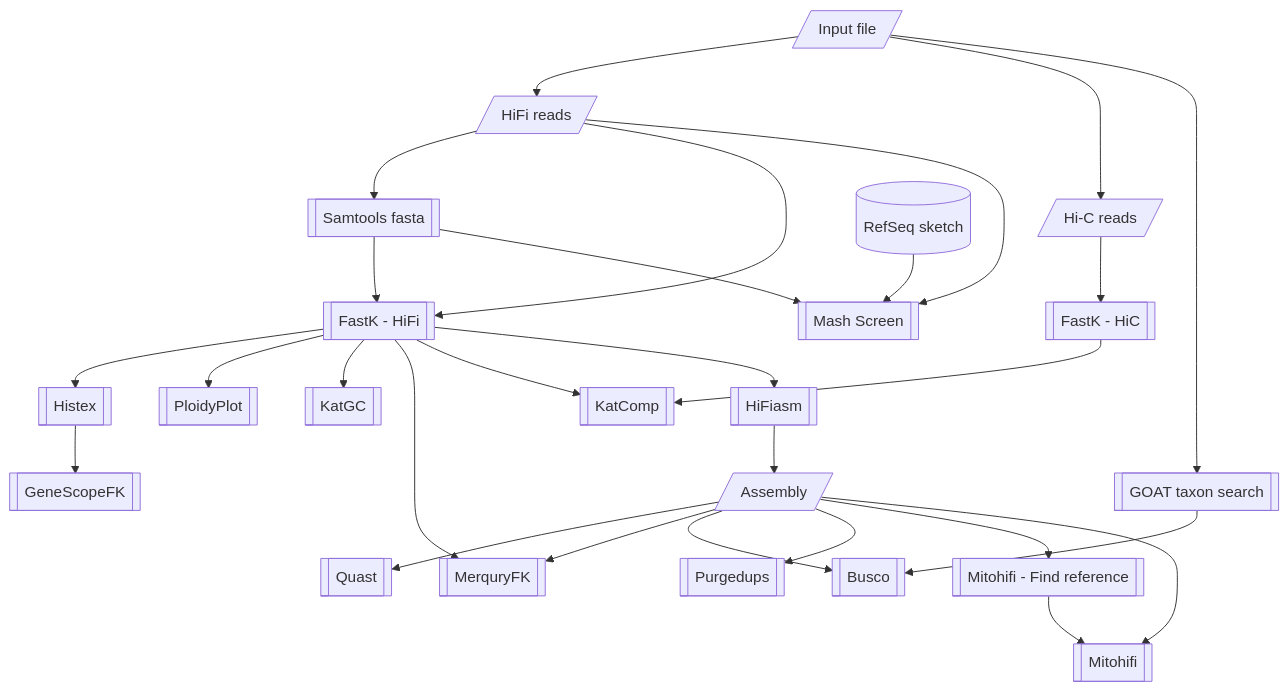
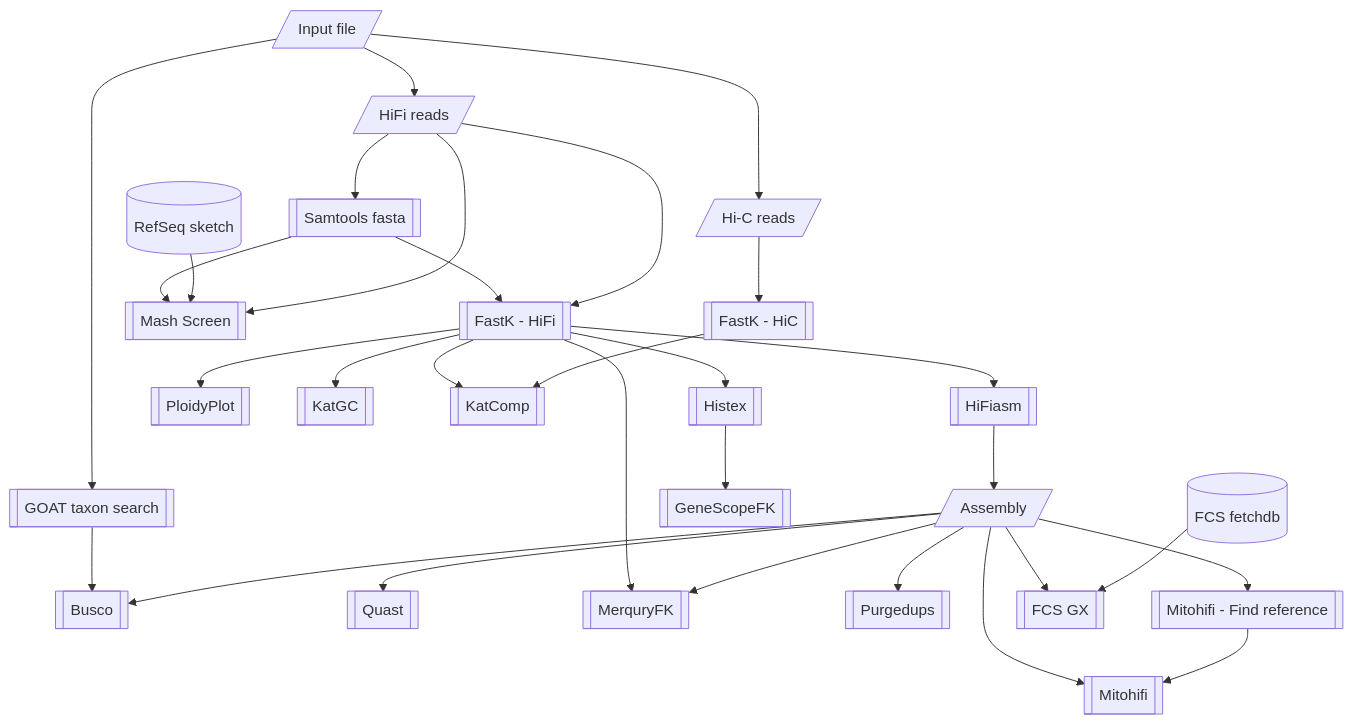
The second of 2 diagrams in README.md (NBISweden/Earth-Biogenome-Project-pilot), drawn with Mermaid before and after one commit.

Commit message:
Update workflow implementation

````diff
--- a/README.md
+++ b/README.md
@@ -23,30 +23,32 @@
 ```mermaid
 flowchart TD
     input[/ Input file/] --> hifi
     input --> hic
     input --> goat_taxon[[ GOAT taxon search ]]
     goat_taxon --> busco
     hifi --> samtools_fa[[ Samtools fasta ]]
     samtools_fa --> fastk_hifi
     samtools_fa --> mash_screen
     hifi[/ HiFi reads /] --> fastk_hifi[[ FastK - HiFi ]]
     hic[/ Hi-C reads /] --> fastk_hic[[ FastK - HiC ]]
     assembly[/ Assembly /] --> quast[[ Quast ]]
     fastk_hifi --> histex[[ Histex ]]
     histex --> genescopefk[[ GeneScopeFK ]]
     fastk_hifi --> ploidyplot[[ PloidyPlot ]]
     fastk_hifi --> katgc[[ KatGC ]]
     fastk_hifi --> merquryfk[[ MerquryFK ]]
     assembly --> merquryfk
     fastk_hifi --> katcomp[[ KatComp ]]
     fastk_hic --> katcomp
     assembly --> busco[[ Busco ]]
     refseq_sketch[( RefSeq sketch )] --> mash_screen[[ Mash Screen ]]
     hifi --> mash_screen
     fastk_hifi --> hifiasm[[ HiFiasm ]]
     hifiasm --> assembly
     assembly --> purgedups[[ Purgedups ]]
     assembly --> mitoref[[ Mitohifi - Find reference ]]
     assembly --> mitohifi[[ Mitohifi ]]
+    assembly --> fcsgx[[ FCS GX ]]
+    fcs_fetchdb[( FCS fetchdb )] --> fcsgx
     mitoref --> mitohifi
 ```
````
